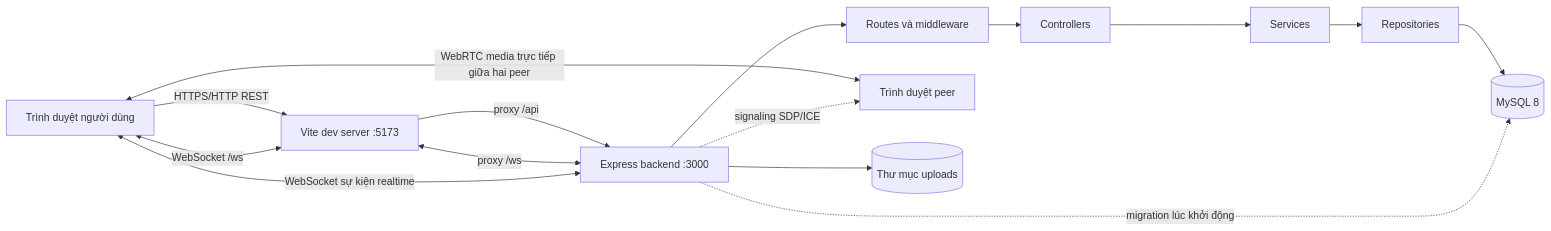
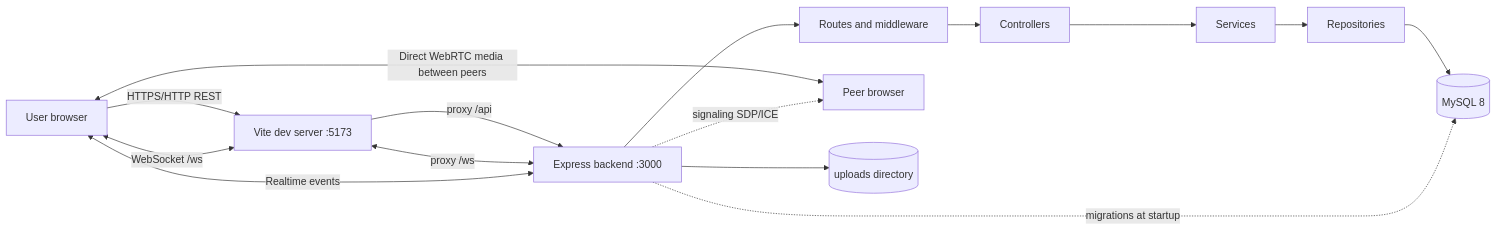
The diagram in BAOCAO.md (Duc-HUST-ET1/LAN_Media), drawn with Mermaid before and after one commit. The commit also changed other lines of this file and 5 other files, not shown here.

````diff
--- a/BAOCAO.md
+++ b/BAOCAO.md
@@ -30,17 +30,17 @@
 ```mermaid
 flowchart LR
-  B[Trình duyệt người dùng] -->|HTTPS/HTTP REST| V[Vite dev server :5173]
+  B[User browser] -->|HTTPS/HTTP REST| V[Vite dev server :5173]
   B <-->|WebSocket /ws| V
   V -->|proxy /api| E[Express backend :3000]
   V <-->|proxy /ws| E
-  E --> R[Routes và middleware]
+  E --> R[Routes and middleware]
   R --> C[Controllers]
   C --> S[Services]
   S --> Q[Repositories]
   Q --> DB[(MySQL 8)]
-  E <-->|WebSocket sự kiện realtime| B
-  B <-->|WebRTC media trực tiếp giữa hai peer| B2[Trình duyệt peer]
+  E <-->|Realtime events| B
+  B <-->|Direct WebRTC media between peers| B2[Peer browser]
   E -. signaling SDP/ICE .-> B2
-  E --> FS[(Thư mục uploads)]
-  E -. migration lúc khởi động .-> DB
+  E --> FS[(uploads directory)]
+  E -. migrations at startup .-> DB
 ```
````
